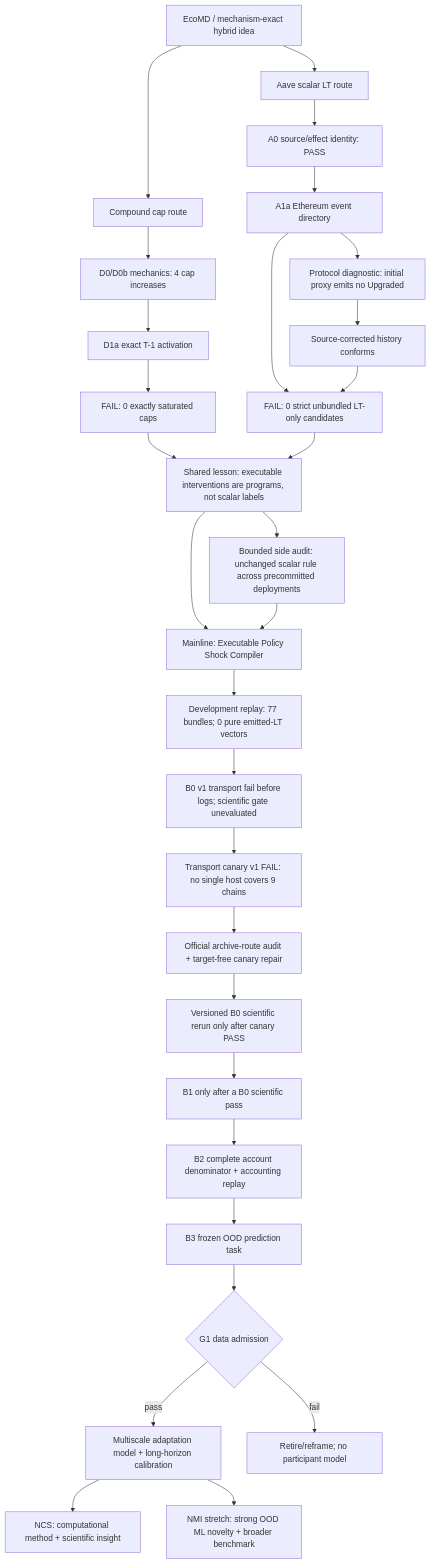
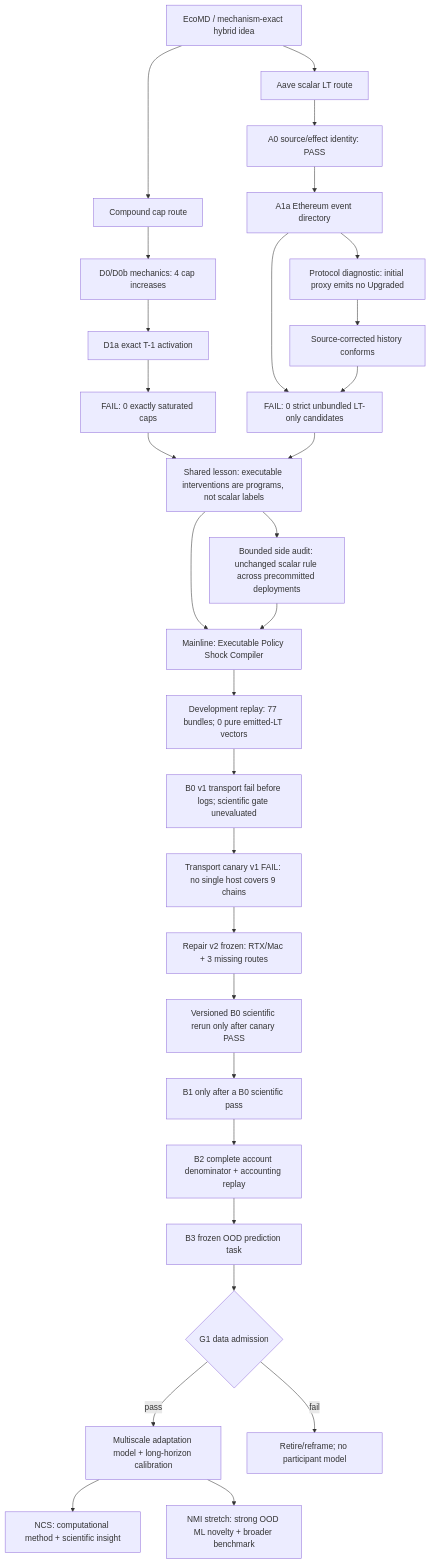
The diagram in papers/proposal/v14_policy_shock_research_topology_2026-08-16.md (howardwang1997/ecophys), drawn with Mermaid before and after one commit. The commit also changed other lines of this file and 11 other files, not shown here.

Commit message:
experiment: freeze Aave transport repair canary

````diff
--- a/papers/proposal/v14_policy_shock_research_topology_2026-08-16.md
+++ b/papers/proposal/v14_policy_shock_research_topology_2026-08-16.md
@@ -6,32 +6,32 @@
 ```mermaid
 flowchart TD
     E[EcoMD / mechanism-exact hybrid idea] --> C[Compound cap route]
     E --> A[Aave scalar LT route]
     C --> C0[D0/D0b mechanics: 4 cap increases]
     C0 --> C1[D1a exact T-1 activation]
     C1 --> CF[FAIL: 0 exactly saturated caps]
     A --> A0[A0 source/effect identity: PASS]
     A0 --> A1[A1a Ethereum event directory]
     A1 --> AF[FAIL: 0 strict unbundled LT-only candidates]
     A1 --> PD[Protocol diagnostic: initial proxy emits no Upgraded]
     PD --> HC[Source-corrected history conforms]
     HC --> AF
     CF --> S[Shared lesson: executable interventions are programs, not scalar labels]
     AF --> S
     S --> V[Mainline: Executable Policy Shock Compiler]
     S --> XS[Bounded side audit: unchanged scalar rule across precommitted deployments]
     XS --> V
     V --> E0[Development replay: 77 bundles; 0 pure emitted-LT vectors]
     E0 --> B0[B0 v1 transport fail before logs; scientific gate unevaluated]
     B0 --> T0[Transport canary v1 FAIL: no single host covers 9 chains]
-    T0 --> T1[Official archive-route audit + target-free canary repair]
+    T0 --> T1[Repair v2 frozen: RTX/Mac + 3 missing routes]
     T1 --> B0V2[Versioned B0 scientific rerun only after canary PASS]
     B0V2 --> B1[B1 only after a B0 scientific pass]
     B1 --> B2[B2 complete account denominator + accounting replay]
     B2 --> B3[B3 frozen OOD prediction task]
     B3 --> G1{G1 data admission}
     G1 -->|pass| M[Multiscale adaptation model + long-horizon calibration]
     G1 -->|fail| R[Retire/reframe; no participant model]
     M --> NCS[NCS: computational method + scientific insight]
     M --> NMI[NMI stretch: strong OOD ML novelty + broader benchmark]
 ```
````
